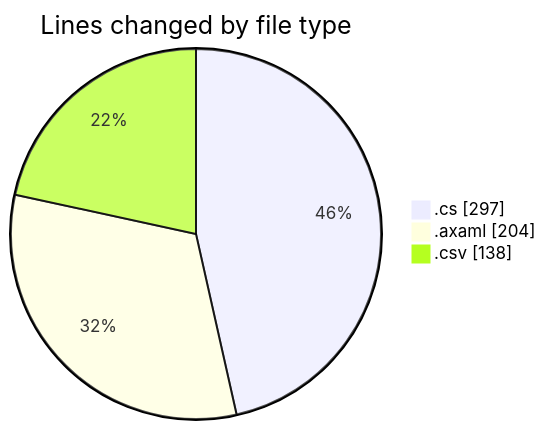
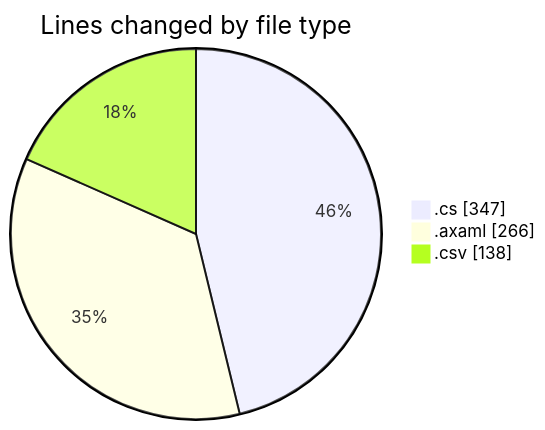
Before and after one commit to Netris89/code-tracking: the first of 2 diagrams in 2025-10-26/skintrack/README.md, drawn with Mermaid. The commit also changed other lines of this file and 1 other file, not shown here.

````diff
--- a/2025-10-26/skintrack/README.md
+++ b/2025-10-26/skintrack/README.md
@@ -33,7 +35,7 @@
 ```mermaid
 pie showData
 title Lines changed by file type
-".cs" : 297
-".axaml" : 204
+".cs" : 347
+".axaml" : 266
 ".csv" : 138
 ```
````
